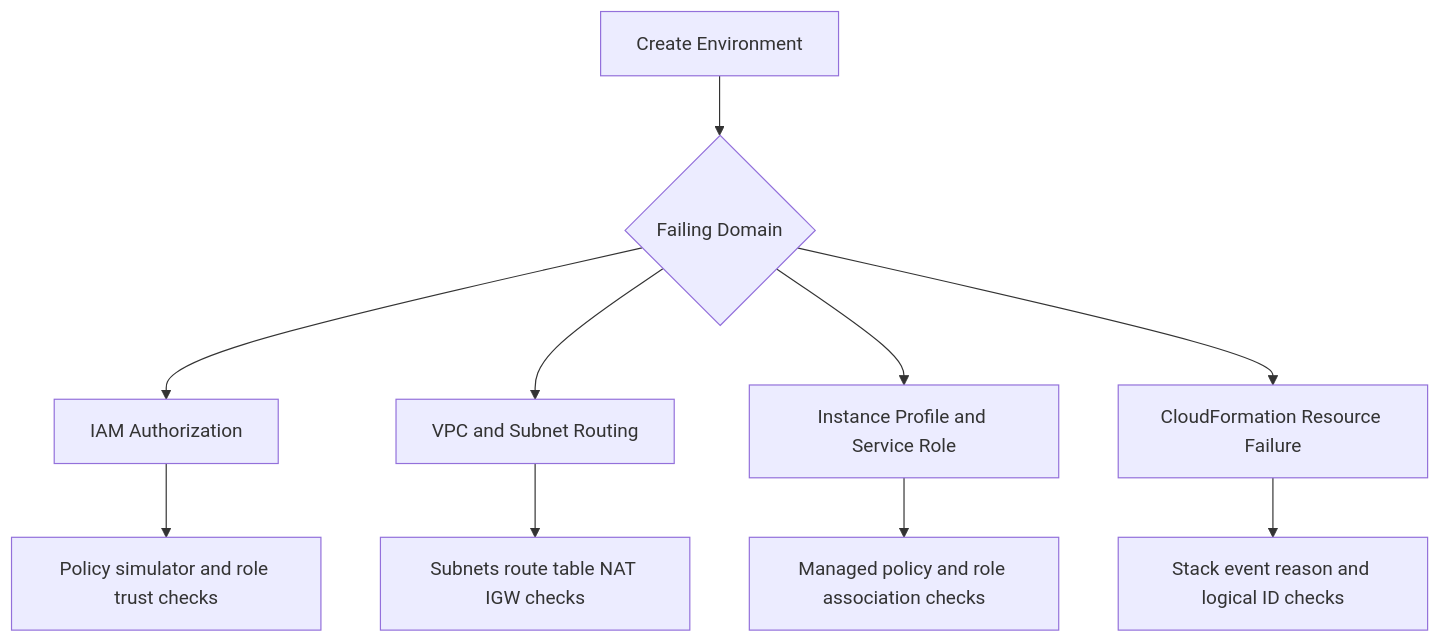
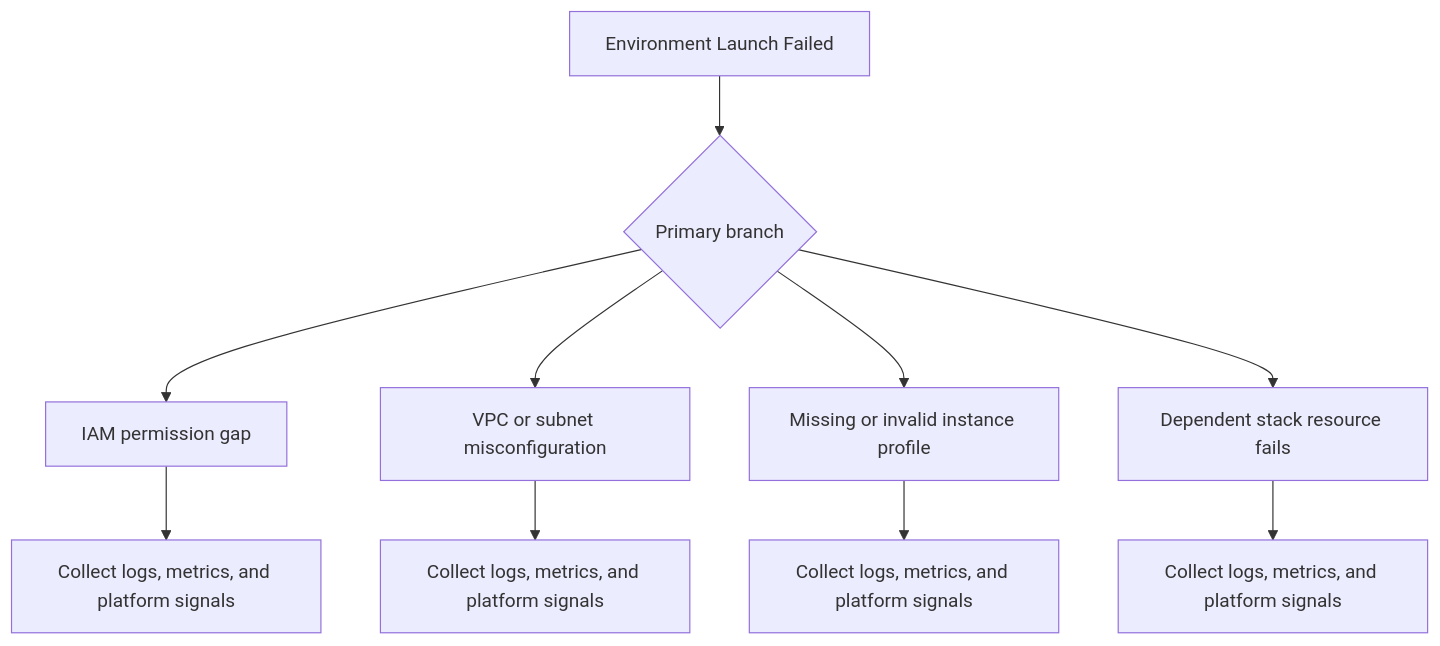
The first of 2 diagrams in docs/troubleshooting/playbooks/deployment-availability/environment-launch-failed.md (yeongseon/aws-elastic-beanstalk-practical-guide), drawn with Mermaid before and after one commit. The commit also changed other lines of this file and 223 other files, not shown here.

````diff
--- a/docs/troubleshooting/playbooks/deployment-availability/environment-launch-failed.md
+++ b/docs/troubleshooting/playbooks/deployment-availability/environment-launch-failed.md
@@ -12,12 +6,12 @@
 ```mermaid
 flowchart TD
-    A[Create Environment] --> B{Failing Domain}
-    B --> C[IAM Authorization]
-    B --> D[VPC and Subnet Routing]
-    B --> E[Instance Profile and Service Role]
-    B --> F[CloudFormation Resource Failure]
-    C --> G[Policy simulator and role trust checks]
-    D --> H[Subnets route table NAT IGW checks]
-    E --> I[Managed policy and role association checks]
-    F --> J[Stack event reason and logical ID checks]
+    A[Environment Launch Failed] --> B{Primary branch}
+    B --> C1[IAM permission gap]
+    C1 --> D1[Collect logs, metrics, and platform signals]
+    B --> C2[VPC or subnet misconfiguration]
+    C2 --> D2[Collect logs, metrics, and platform signals]
+    B --> C3[Missing or invalid instance profile]
+    C3 --> D3[Collect logs, metrics, and platform signals]
+    B --> C4[Dependent stack resource fails]
+    C4 --> D4[Collect logs, metrics, and platform signals]
 ```
````
